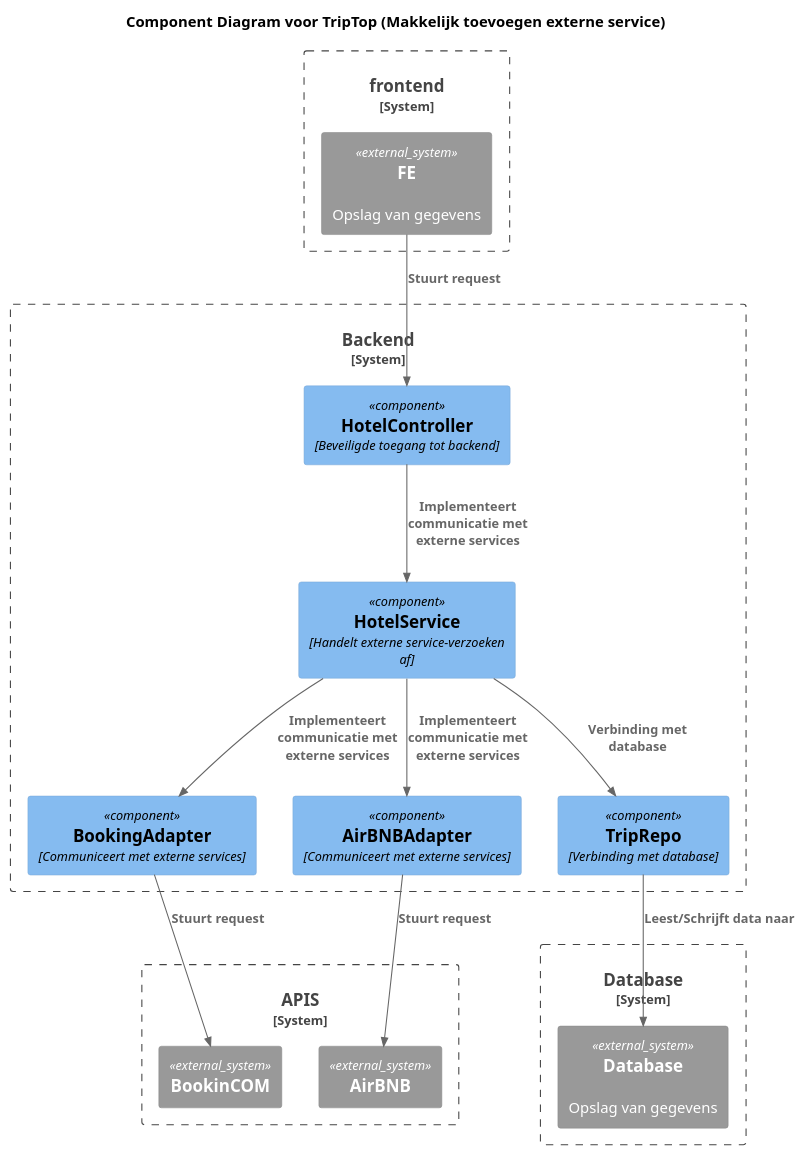
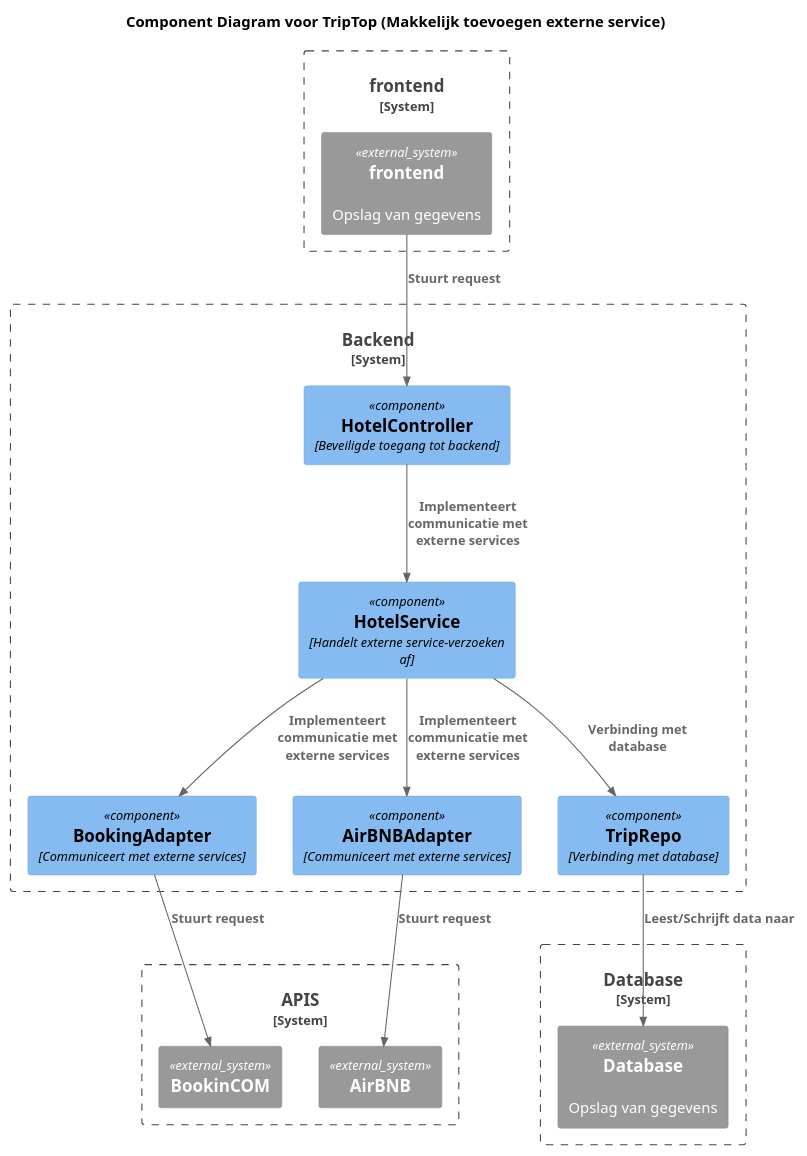
One commit to AIM-ENE-feb25/triptop-dravende-dikdiks changed the diagram in Marijn/NEWonderzoeksvraag.md/diagrammen/ComponentdiagramNewExtSys.puml. Above: the diagram before and after it, drawn with PlantUML.

```diff
--- a/Marijn/NEWonderzoeksvraag.md/diagrammen/ComponentdiagramNewExtSys.puml
+++ b/Marijn/NEWonderzoeksvraag.md/diagrammen/ComponentdiagramNewExtSys.puml
@@ -1,38 +1,38 @@
 @startuml
 
 !include https://raw.githubusercontent.com/plantuml-stdlib/C4-PlantUML/master/C4_Component.puml
 
 title Component Diagram voor TripTop (Makkelijk toevoegen externe service)
 
 System_Boundary("frontend", "frontend") {
-    System_Ext(FE, "FE", "Opslag van gegevens")
+    System_Ext(FE, "frontend", "Opslag van gegevens")
 }
 
 System_Boundary("backend", "Backend") {
     Component(HotelController, "HotelController", "Beveiligde toegang tot backend")
     Component(adapter1, "BookingAdapter", "Communiceert met externe services")
     Component(adapter2, "AirBNBAdapter", "Communiceert met externe services")
     Component(service, "HotelService", "Handelt externe service-verzoeken af")
     Component(TripRepo, "TripRepo", "Verbinding met database")
 }
 
 System_Boundary("database", "Database") {
     System_Ext(db, "Database", "Opslag van gegevens")
 }
 
 System_Boundary("APIS", "APIS") {
     System_Ext(API1, "BookinCOM", "")
     System_Ext(API2, "AirBNB", "")
 }
 
 Rel("FE", HotelController, "Stuurt request")
 Rel("HotelController", "service", "Implementeert communicatie met externe services")
 Rel(service, "adapter1", "Implementeert communicatie met externe services")
 Rel(service, "adapter2", "Implementeert communicatie met externe services")
 Rel("service", "TripRepo", "Verbinding met database")
 Rel("adapter1", API1, "Stuurt request")
 Rel("TripRepo", db, "Leest/Schrijft data naar")
 
 Rel("adapter2", API2, "Stuurt request")
 
 @enduml
```
